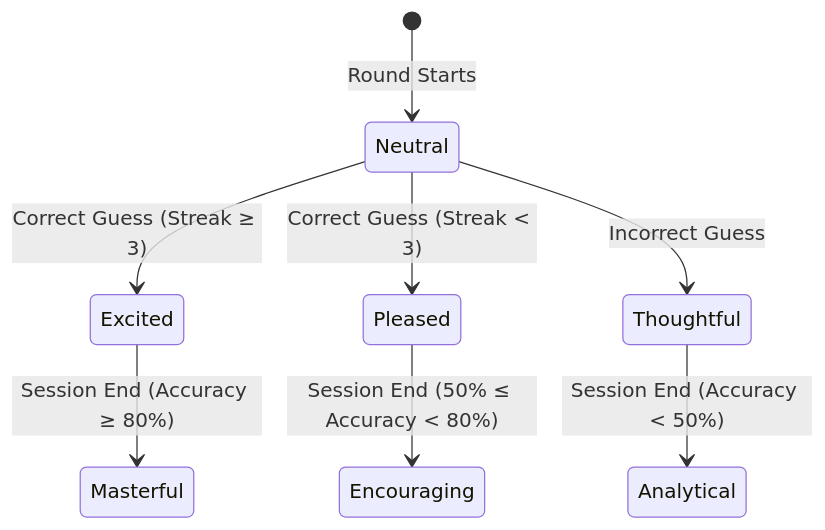
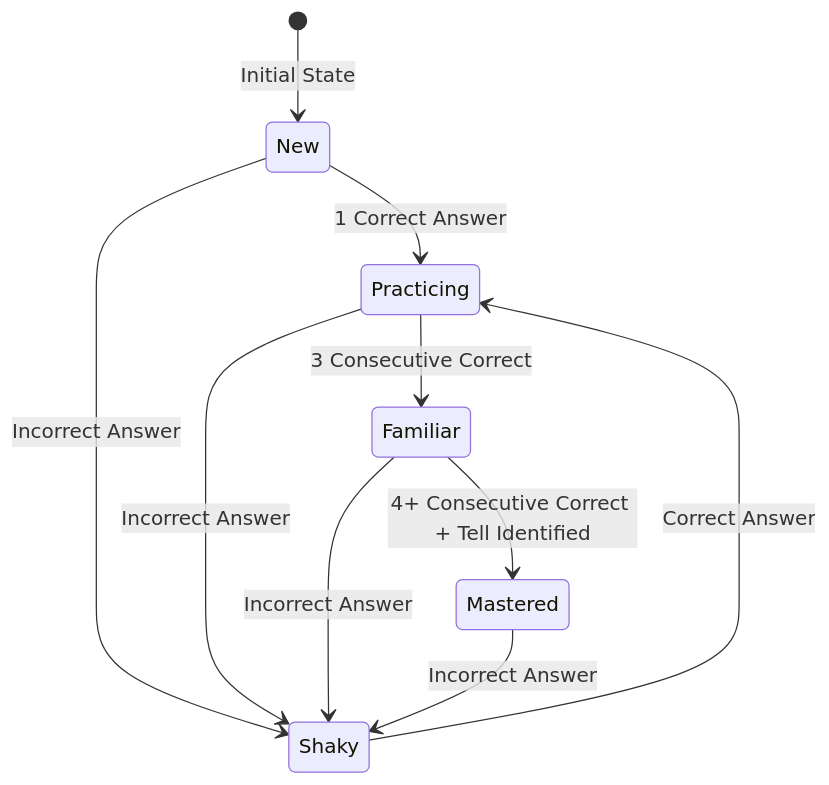
The second of 2 diagrams in METHODOLOGY.md (ArrinPaul/TuringWall), drawn with Mermaid before and after one commit. The commit also changed other lines of this file and 1 other file, not shown here.

````diff
--- a/METHODOLOGY.md
+++ b/METHODOLOGY.md
@@ -139,10 +100,12 @@
 ```mermaid
 stateDiagram-v2
-    [*] --> Neutral: Round Starts
-    Neutral --> Excited: Correct Guess (Streak ≥ 3)
-    Neutral --> Pleased: Correct Guess (Streak < 3)
-    Neutral --> Thoughtful: Incorrect Guess
-    Excited --> Masterful: Session End (Accuracy ≥ 80%)
-    Pleased --> Encouraging: Session End (50% ≤ Accuracy < 80%)
-    Thoughtful --> Analytical: Session End (Accuracy < 50%)
+    [*] --> New: Initial State
+    New --> Practicing: 1 Correct Answer
+    Practicing --> Familiar: 3 Consecutive Correct
+    Familiar --> Mastered: 4+ Consecutive Correct + Tell Identified
+    New --> Shaky: Incorrect Answer
+    Practicing --> Shaky: Incorrect Answer
+    Familiar --> Shaky: Incorrect Answer
+    Mastered --> Shaky: Incorrect Answer
+    Shaky --> Practicing: Correct Answer
 ```
````
